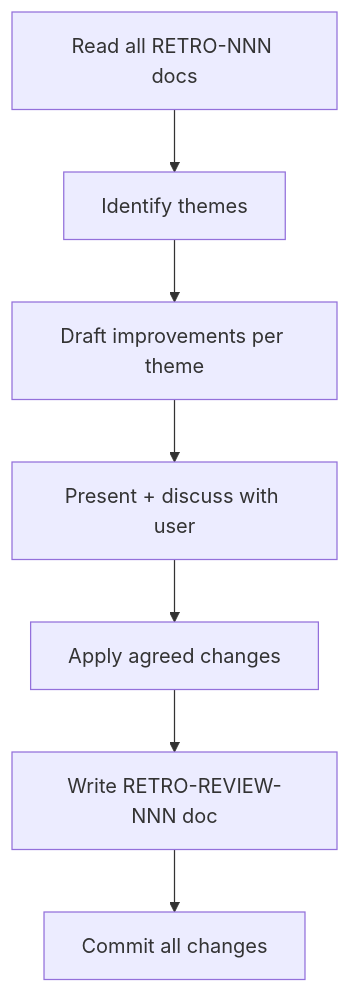
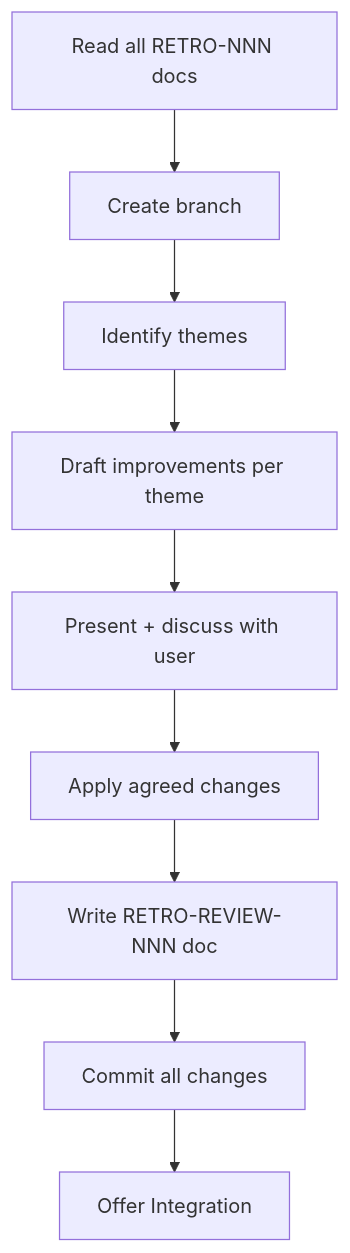
One commit to rbreunung/spring-kotlin-kafka-gradle-demo-2 changed the diagram in .claude/skills/retro-review.md. Above: the diagram before and after it, drawn with Mermaid. The commit also changed 5 other files, not shown here.

Commit message:
chore: fix flowchart labels to match current step text — feature-spec, bug-fix, retro-review

````diff
--- a/.claude/skills/retro-review.md
+++ b/.claude/skills/retro-review.md
@@ -8,9 +8,11 @@
 ```mermaid
 flowchart TD
-    A[Read all RETRO-NNN docs] --> B[Identify themes]
-    B --> C[Draft improvements per theme]
-    C --> D[Present + discuss with user]
-    D --> E[Apply agreed changes]
-    E --> F[Write RETRO-REVIEW-NNN doc]
-    F --> G[Commit all changes]
+    A[Read all RETRO-NNN docs] --> B[Create branch]
+    B --> C[Identify themes]
+    C --> D[Draft improvements per theme]
+    D --> E[Present + discuss with user]
+    E --> F[Apply agreed changes]
+    F --> G[Write RETRO-REVIEW-NNN doc]
+    G --> H[Commit all changes]
+    H --> I[Offer Integration]
 ```
````
